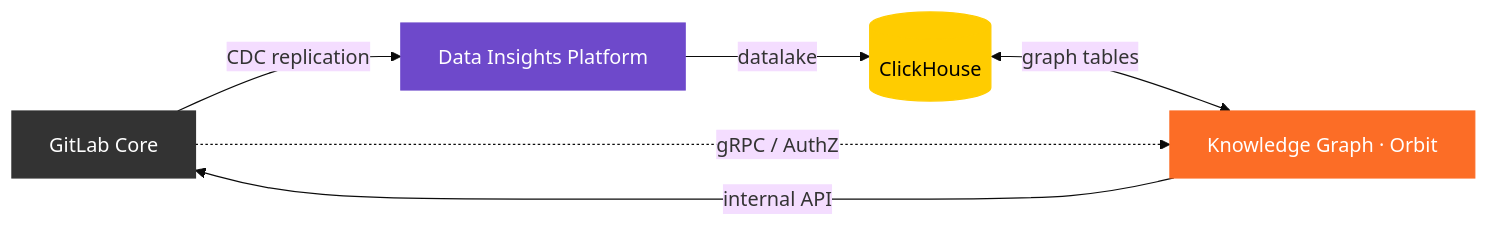
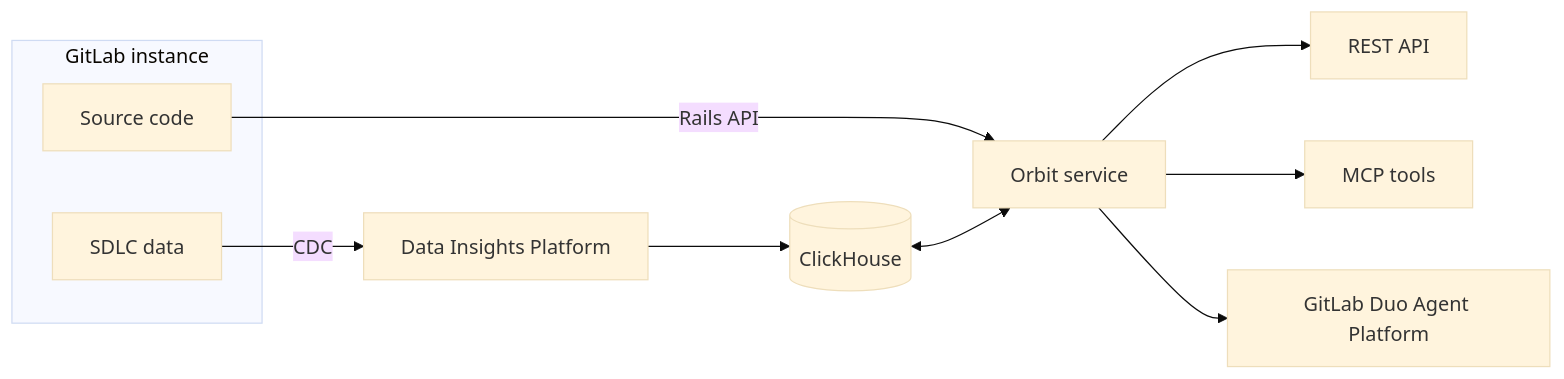
One commit to fork-the-planet/gitlabhq___orbit-knowledge-graph changed the diagram in README.md. Above: the diagram before and after it, drawn with Mermaid (base theme). The commit also changed other lines of this file and 2 other files, not shown here.

Commit message:
docs: revamp README into a GitLab Orbit product README

````diff
--- a/README.md
+++ b/README.md
@@ -21,13 +55,16 @@
 ```mermaid
 flowchart LR
-    GitLab[GitLab Core] -- CDC replication --> DIP[Data Insights Platform]
-    GKG -- internal API --> GitLab
-    DIP -- datalake --> CH[(ClickHouse)]
-    CH <-- graph tables --> GKG[Knowledge Graph · Orbit]
-    GitLab -. gRPC / AuthZ .-> GKG
+    subgraph GitLab["GitLab instance"]
+        SDLC[SDLC data]
+        Code[Source code]
+    end
 
-    style GitLab fill:#333,color:#fff,stroke:#333
-    style DIP fill:#6E49CB,color:#fff,stroke:#6E49CB
-    style CH fill:#FFCC00,color:#000,stroke:#FFCC00
-    style GKG fill:#FC6D26,color:#fff,stroke:#FC6D26
+    SDLC -- CDC --> DIP[Data Insights Platform]
+    DIP --> CH[(ClickHouse)]
+    Code -- Rails API --> Orbit[Orbit service]
+    CH <--> Orbit
+
+    Orbit --> REST[REST API]
+    Orbit --> MCP[MCP tools]
+    Orbit --> DAP[GitLab Duo Agent Platform]
 ```
````
